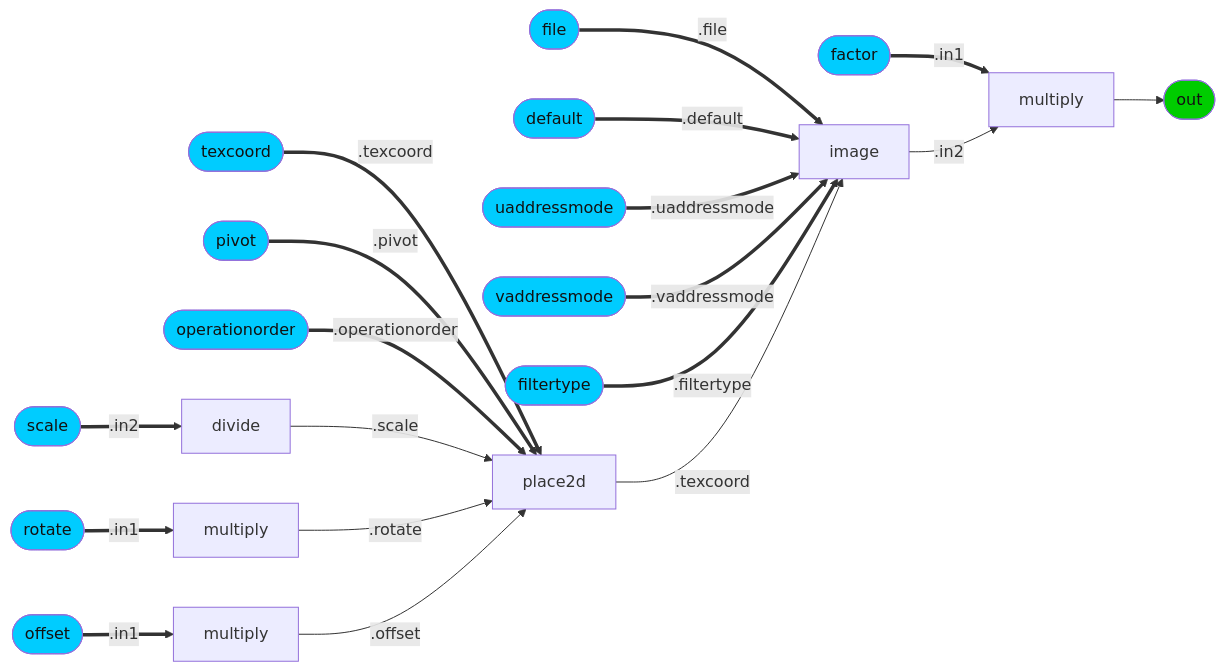
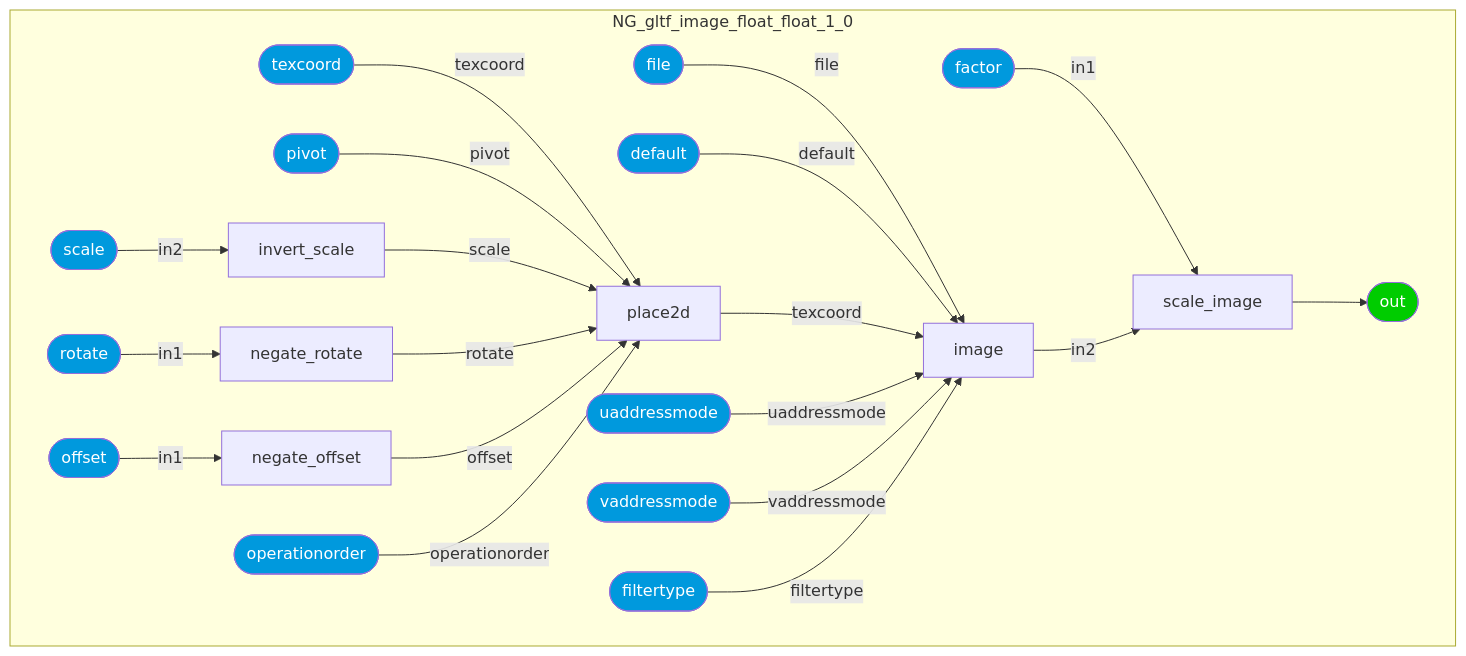
The fifth of 36 diagrams in documents/definitions/bxdf_doc.md (kwokcb/MaterialX_Learn), drawn with Mermaid before and after one commit. The commit also changed other lines of this file and 1015 other files, not shown here.

````diff
--- a/documents/definitions/bxdf_doc.md
+++ b/documents/definitions/bxdf_doc.md
@@ -494,35 +607,55 @@
 ```mermaid
-graph LR; 
-    NG_gltf_image_float_float_1_0_scale_image[multiply] --> NG_gltf_image_float_float_1_0_out([out])
-    style NG_gltf_image_float_float_1_0_out fill:#0C0, color:#111
-    NG_gltf_image_float_float_1_0_factorINT([factor]) ==.in1==> NG_gltf_image_float_float_1_0_scale_image[multiply]
-    style NG_gltf_image_float_float_1_0_factorINT fill:#0CF, color:#111
-    NG_gltf_image_float_float_1_0_image[image] --".in2"--> NG_gltf_image_float_float_1_0_scale_image[multiply]
-    NG_gltf_image_float_float_1_0_fileINT([file]) ==.file==> NG_gltf_image_float_float_1_0_image[image]
-    style NG_gltf_image_float_float_1_0_fileINT fill:#0CF, color:#111
-    NG_gltf_image_float_float_1_0_dfaultINT([default]) ==.default==> NG_gltf_image_float_float_1_0_image[image]
-    style NG_gltf_image_float_float_1_0_dfaultINT fill:#0CF, color:#111
-    NG_gltf_image_float_float_1_0_uaddressmodeINT([uaddressmode]) ==.uaddressmode==> NG_gltf_image_float_float_1_0_image[image]
-    style NG_gltf_image_float_float_1_0_uaddressmodeINT fill:#0CF, color:#111
-    NG_gltf_image_float_float_1_0_vaddressmodeINT([vaddressmode]) ==.vaddressmode==> NG_gltf_image_float_float_1_0_image[image]
-    style NG_gltf_image_float_float_1_0_vaddressmodeINT fill:#0CF, color:#111
-    NG_gltf_image_float_float_1_0_filtertypeINT([filtertype]) ==.filtertype==> NG_gltf_image_float_float_1_0_image[image]
-    style NG_gltf_image_float_float_1_0_filtertypeINT fill:#0CF, color:#111
-    NG_gltf_image_float_float_1_0_place2d[place2d] --".texcoord"--> NG_gltf_image_float_float_1_0_image[image]
-    NG_gltf_image_float_float_1_0_texcoordINT([texcoord]) ==.texcoord==> NG_gltf_image_float_float_1_0_place2d[place2d]
-    style NG_gltf_image_float_float_1_0_texcoordINT fill:#0CF, color:#111
-    NG_gltf_image_float_float_1_0_pivotINT([pivot]) ==.pivot==> NG_gltf_image_float_float_1_0_place2d[place2d]
-    style NG_gltf_image_float_float_1_0_pivotINT fill:#0CF, color:#111
-    NG_gltf_image_float_float_1_0_operationorderINT([operationorder]) ==.operationorder==> NG_gltf_image_float_float_1_0_place2d[place2d]
-    style NG_gltf_image_float_float_1_0_operationorderINT fill:#0CF, color:#111
-    NG_gltf_image_float_float_1_0_invert_scale[divide] --".scale"--> NG_gltf_image_float_float_1_0_place2d[place2d]
-    NG_gltf_image_float_float_1_0_scaleINT([scale]) ==.in2==> NG_gltf_image_float_float_1_0_invert_scale[divide]
-    style NG_gltf_image_float_float_1_0_scaleINT fill:#0CF, color:#111
-    NG_gltf_image_float_float_1_0_negate_rotate[multiply] --".rotate"--> NG_gltf_image_float_float_1_0_place2d[place2d]
-    NG_gltf_image_float_float_1_0_rotateINT([rotate]) ==.in1==> NG_gltf_image_float_float_1_0_negate_rotate[multiply]
-    style NG_gltf_image_float_float_1_0_rotateINT fill:#0CF, color:#111
-    NG_gltf_image_float_float_1_0_negate_offset[multiply] --".offset"--> NG_gltf_image_float_float_1_0_place2d[place2d]
-    NG_gltf_image_float_float_1_0_offsetINT([offset]) ==.in1==> NG_gltf_image_float_float_1_0_negate_offset[multiply]
-    style NG_gltf_image_float_float_1_0_offsetINT fill:#0CF, color:#111
-
+graph TB
+    subgraph NG_gltf_image_float_float_1_0
+    NG_gltf_image_float_float_1_0_image[image]
+    NG_gltf_image_float_float_1_0_invert_scale[invert_scale]
+    NG_gltf_image_float_float_1_0_negate_rotate[negate_rotate]
+    NG_gltf_image_float_float_1_0_negate_offset[negate_offset]
+    NG_gltf_image_float_float_1_0_place2d[place2d]
+    NG_gltf_image_float_float_1_0_scale_image[scale_image]
+    style NG_gltf_image_float_float_1_0_out  fill:#0C0, color:#FFF
+    NG_gltf_image_float_float_1_0_out([out])
+    style NG_gltf_image_float_float_1_0_file  fill:#09D, color:#FFF
+    NG_gltf_image_float_float_1_0_file([file])
+    style NG_gltf_image_float_float_1_0_default1  fill:#09D, color:#FFF
+    NG_gltf_image_float_float_1_0_default1([default])
+    style NG_gltf_image_float_float_1_0_uaddressmode  fill:#09D, color:#FFF
+    NG_gltf_image_float_float_1_0_uaddressmode([uaddressmode])
+    style NG_gltf_image_float_float_1_0_vaddressmode  fill:#09D, color:#FFF
+    NG_gltf_image_float_float_1_0_vaddressmode([vaddressmode])
+    style NG_gltf_image_float_float_1_0_filtertype  fill:#09D, color:#FFF
+    NG_gltf_image_float_float_1_0_filtertype([filtertype])
+    style NG_gltf_image_float_float_1_0_scale  fill:#09D, color:#FFF
+    NG_gltf_image_float_float_1_0_scale([scale])
+    style NG_gltf_image_float_float_1_0_rotate  fill:#09D, color:#FFF
+    NG_gltf_image_float_float_1_0_rotate([rotate])
+    style NG_gltf_image_float_float_1_0_offset  fill:#09D, color:#FFF
+    NG_gltf_image_float_float_1_0_offset([offset])
+    style NG_gltf_image_float_float_1_0_texcoord  fill:#09D, color:#FFF
+    NG_gltf_image_float_float_1_0_texcoord([texcoord])
+    style NG_gltf_image_float_float_1_0_pivot  fill:#09D, color:#FFF
+    NG_gltf_image_float_float_1_0_pivot([pivot])
+    style NG_gltf_image_float_float_1_0_operationorder  fill:#09D, color:#FFF
+    NG_gltf_image_float_float_1_0_operationorder([operationorder])
+    style NG_gltf_image_float_float_1_0_factor  fill:#09D, color:#FFF
+    NG_gltf_image_float_float_1_0_factor([factor])
+    end
+    NG_gltf_image_float_float_1_0_file --"file"--> NG_gltf_image_float_float_1_0_image
+    NG_gltf_image_float_float_1_0_default1 --"default"--> NG_gltf_image_float_float_1_0_image
+    NG_gltf_image_float_float_1_0_place2d --"texcoord"--> NG_gltf_image_float_float_1_0_image
+    NG_gltf_image_float_float_1_0_uaddressmode --"uaddressmode"--> NG_gltf_image_float_float_1_0_image
+    NG_gltf_image_float_float_1_0_vaddressmode --"vaddressmode"--> NG_gltf_image_float_float_1_0_image
+    NG_gltf_image_float_float_1_0_filtertype --"filtertype"--> NG_gltf_image_float_float_1_0_image
+    NG_gltf_image_float_float_1_0_scale --"in2"--> NG_gltf_image_float_float_1_0_invert_scale
+    NG_gltf_image_float_float_1_0_rotate --"in1"--> NG_gltf_image_float_float_1_0_negate_rotate
+    NG_gltf_image_float_float_1_0_offset --"in1"--> NG_gltf_image_float_float_1_0_negate_offset
+    NG_gltf_image_float_float_1_0_texcoord --"texcoord"--> NG_gltf_image_float_float_1_0_place2d
+    NG_gltf_image_float_float_1_0_pivot --"pivot"--> NG_gltf_image_float_float_1_0_place2d
+    NG_gltf_image_float_float_1_0_invert_scale --"scale"--> NG_gltf_image_float_float_1_0_place2d
+    NG_gltf_image_float_float_1_0_negate_rotate --"rotate"--> NG_gltf_image_float_float_1_0_place2d
+    NG_gltf_image_float_float_1_0_negate_offset --"offset"--> NG_gltf_image_float_float_1_0_place2d
+    NG_gltf_image_float_float_1_0_operationorder --"operationorder"--> NG_gltf_image_float_float_1_0_place2d
+    NG_gltf_image_float_float_1_0_factor --"in1"--> NG_gltf_image_float_float_1_0_scale_image
+    NG_gltf_image_float_float_1_0_image --"in2"--> NG_gltf_image_float_float_1_0_scale_image
+    NG_gltf_image_float_float_1_0_scale_image --> NG_gltf_image_float_float_1_0_out
 ```
````
